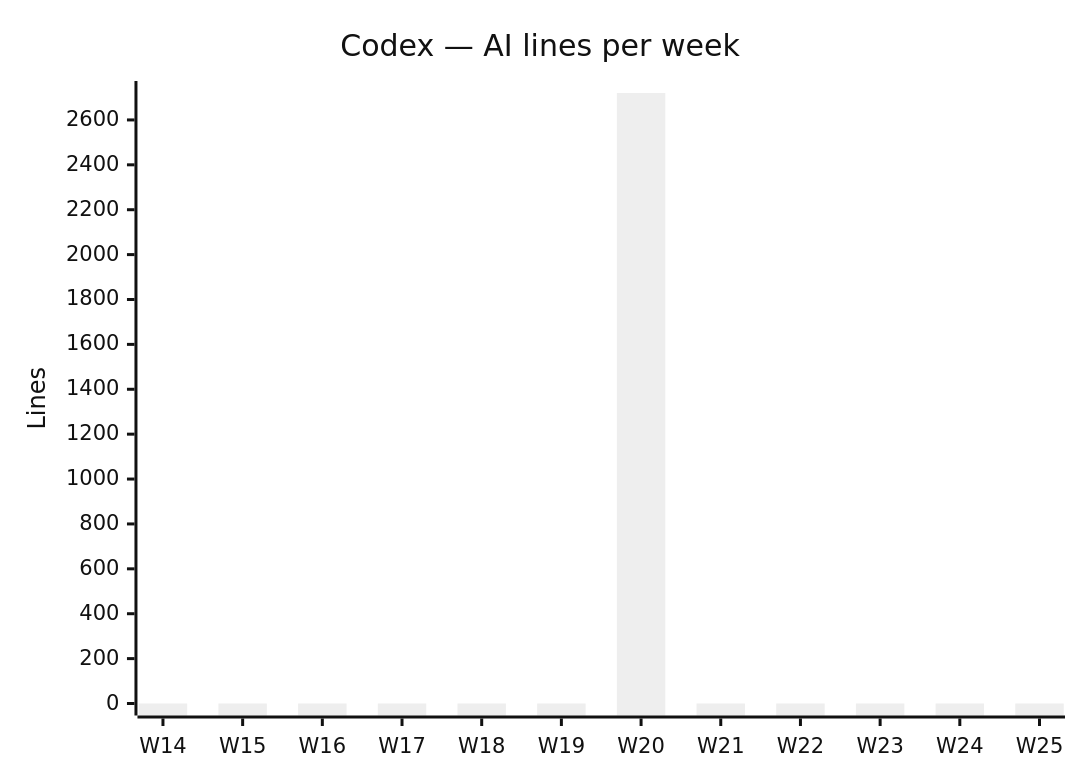
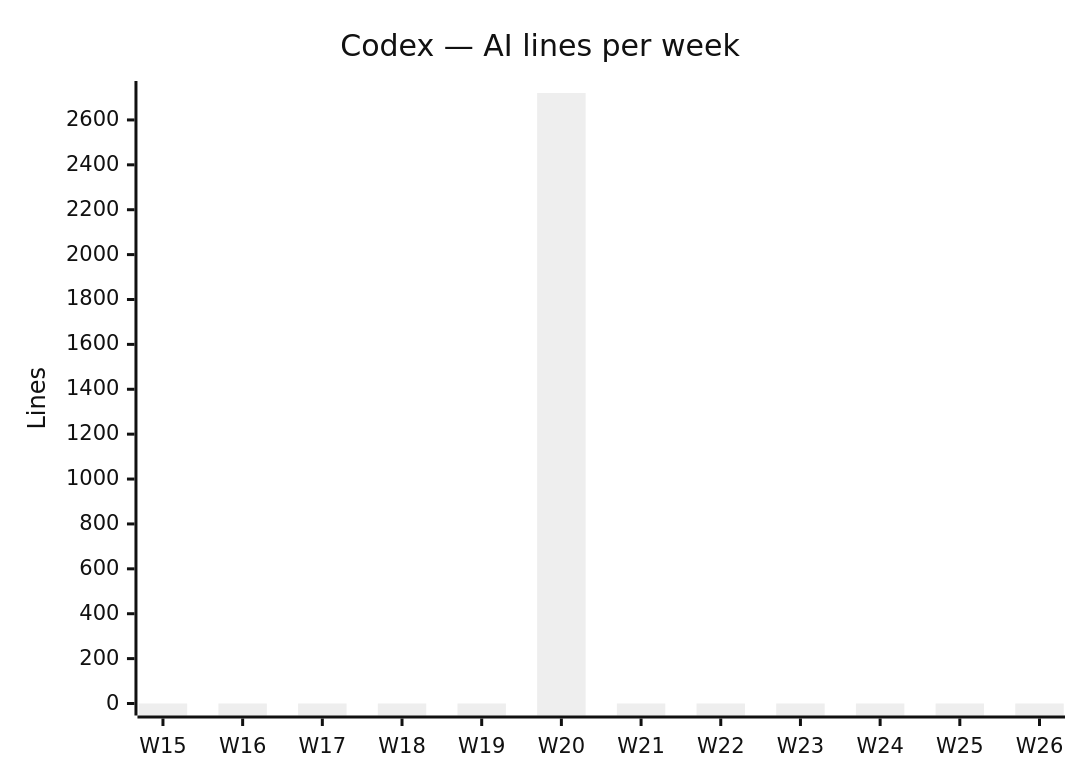
Before and after one commit to fromwaydowntown/ai-use: the third of 4 diagrams in docs/AI_USAGE.md, drawn with Mermaid (neutral theme). The commit also changed other lines of this file, not shown here.

````diff
--- a/docs/AI_USAGE.md
+++ b/docs/AI_USAGE.md
@@ -39,7 +39,7 @@
 ```mermaid
 xychart-beta
     title "Codex — AI lines per week"
-    x-axis ["W14", "W15", "W16", "W17", "W18", "W19", "W20", "W21", "W22", "W23", "W24", "W25"]
+    x-axis ["W15", "W16", "W17", "W18", "W19", "W20", "W21", "W22", "W23", "W24", "W25", "W26"]
     y-axis "Lines"
-    bar [0, 0, 0, 0, 0, 0, 2720, 0, 0, 0, 0, 0]
+    bar [0, 0, 0, 0, 0, 2720, 0, 0, 0, 0, 0, 0]
 ```
````
